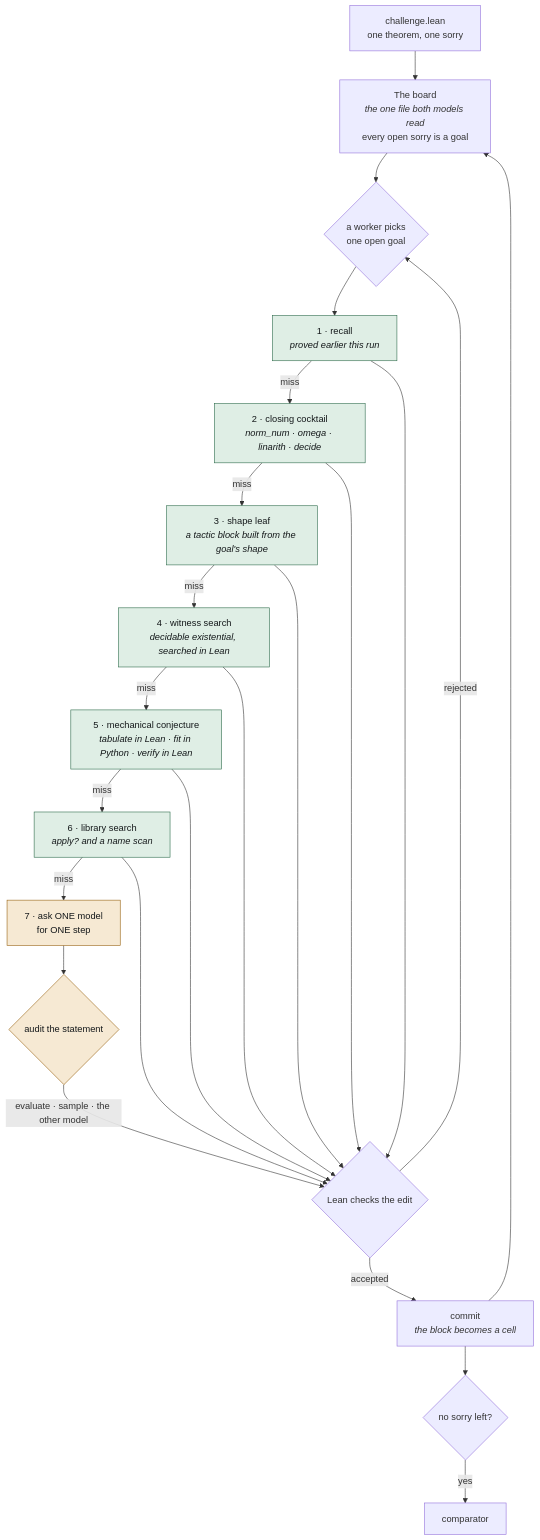
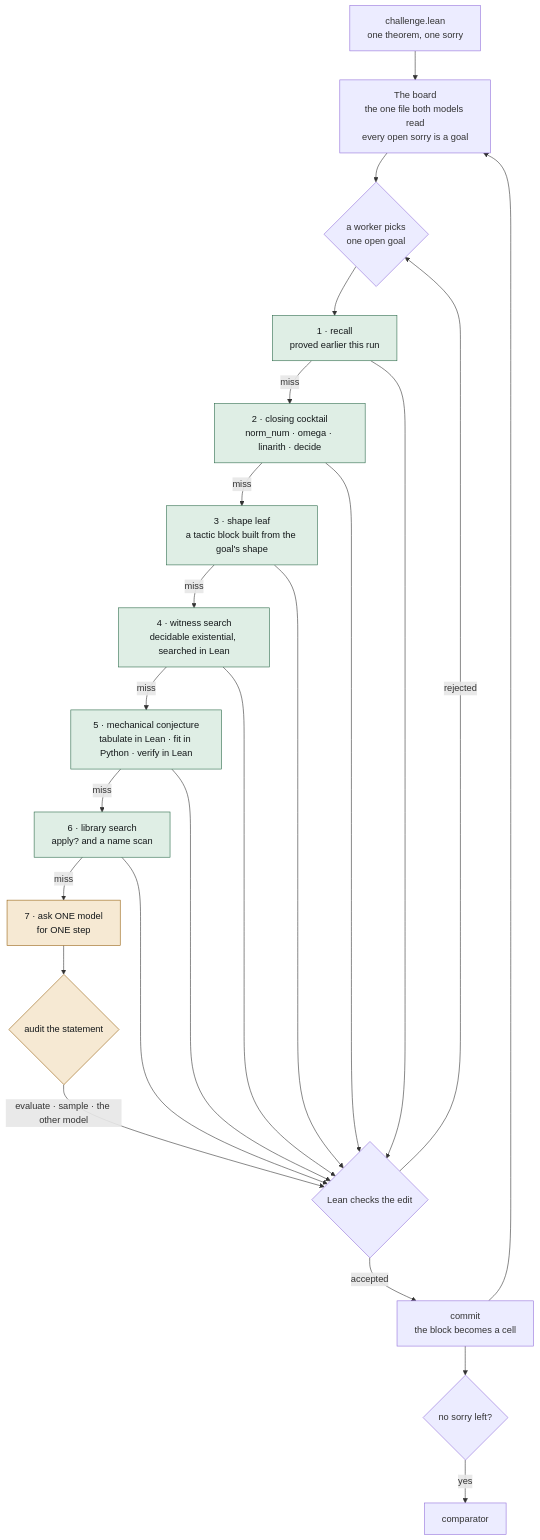
The first of 2 diagrams in docs/ARCHITECTURE.md (sunnyadn/re-takehome), drawn with Mermaid before and after one commit. The commit also changed other lines of this file and 1 other file, not shown here.

````diff
--- a/docs/ARCHITECTURE.md
+++ b/docs/ARCHITECTURE.md
@@ -11,36 +11,36 @@
 ```mermaid
 flowchart TD
     START["challenge.lean<br/>one theorem, one sorry"] --> BOARD
 
-    BOARD["The board<br/><i>the one file both models read</i><br/>every open sorry is a goal"]
+    BOARD["The board<br/>the one file both models read<br/>every open sorry is a goal"]
     BOARD --> PICK{"a worker picks<br/>one open goal"}
 
-    PICK --> R1["1 · recall<br/><i>proved earlier this run</i>"]
-    R1 -- miss --> R2["2 · closing cocktail<br/><i>norm_num · omega · linarith · decide</i>"]
-    R2 -- miss --> R3["3 · shape leaf<br/><i>a tactic block built from the goal's shape</i>"]
-    R3 -- miss --> R4["4 · witness search<br/><i>decidable existential, searched in Lean</i>"]
-    R4 -- miss --> R5["5 · mechanical conjecture<br/><i>tabulate in Lean · fit in Python · verify in Lean</i>"]
-    R5 -- miss --> R6["6 · library search<br/><i>apply? and a name scan</i>"]
+    PICK --> R1["1 · recall<br/>proved earlier this run"]
+    R1 -- miss --> R2["2 · closing cocktail<br/>norm_num · omega · linarith · decide"]
+    R2 -- miss --> R3["3 · shape leaf<br/>a tactic block built from the goal's shape"]
+    R3 -- miss --> R4["4 · witness search<br/>decidable existential, searched in Lean"]
+    R4 -- miss --> R5["5 · mechanical conjecture<br/>tabulate in Lean · fit in Python · verify in Lean"]
+    R5 -- miss --> R6["6 · library search<br/>apply? and a name scan"]
     R6 -- miss --> ASK["7 · ask ONE model<br/>for ONE step"]
 
     ASK --> AUDIT{"audit the statement"}
     AUDIT -- "evaluate · sample · the other model" --> LEAN
     R1 --> LEAN
     R2 --> LEAN
     R3 --> LEAN
     R4 --> LEAN
     R5 --> LEAN
     R6 --> LEAN
 
     LEAN{"Lean checks the edit"}
     LEAN -- rejected --> PICK
-    LEAN -- accepted --> CELL["commit<br/><i>the block becomes a cell</i>"]
+    LEAN -- accepted --> CELL["commit<br/>the block becomes a cell"]
     CELL --> BOARD
     CELL --> DONE{"no sorry left?"}
     DONE -- yes --> CMP["comparator"]
 
     classDef free fill:#dfeee5,stroke:#2c6a4a,color:#14181a
     classDef paid fill:#f6e9d3,stroke:#96600f,color:#14181a
     class R1,R2,R3,R4,R5,R6 free
     class ASK,AUDIT paid
 ```
````
